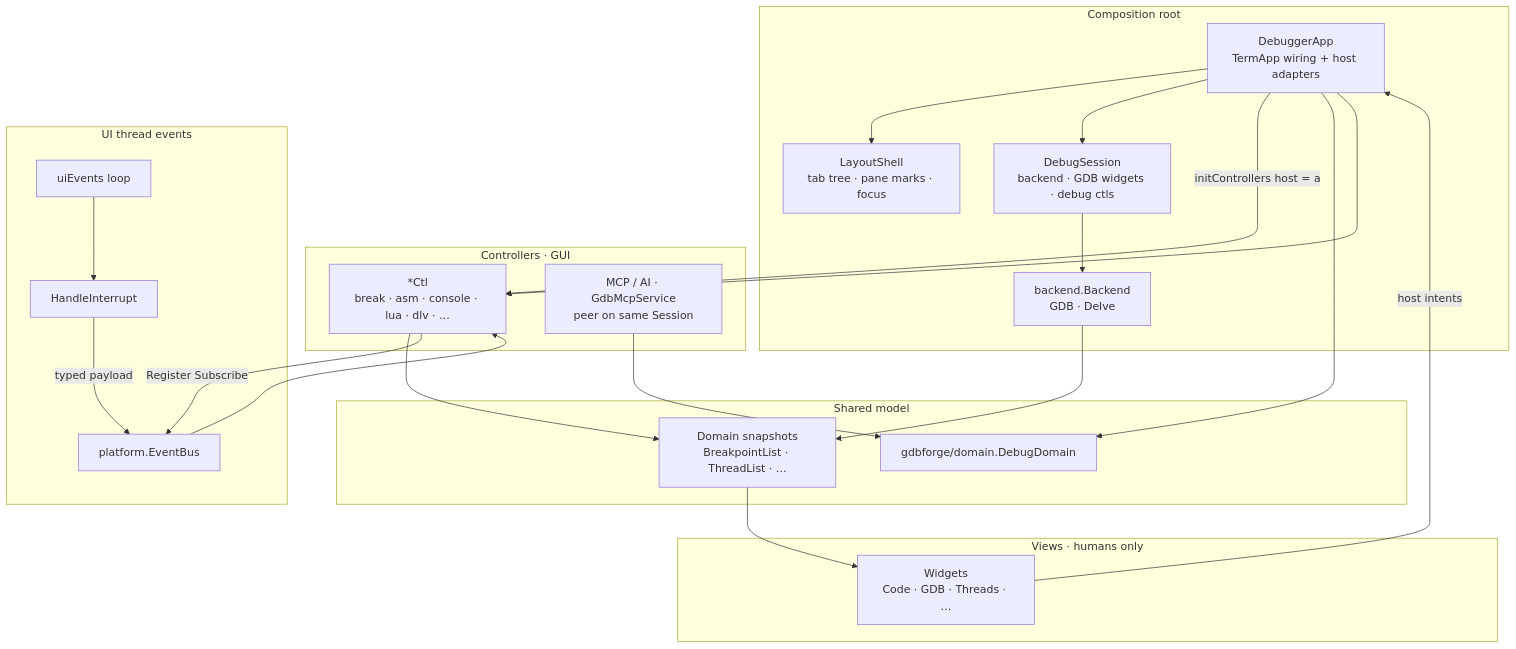
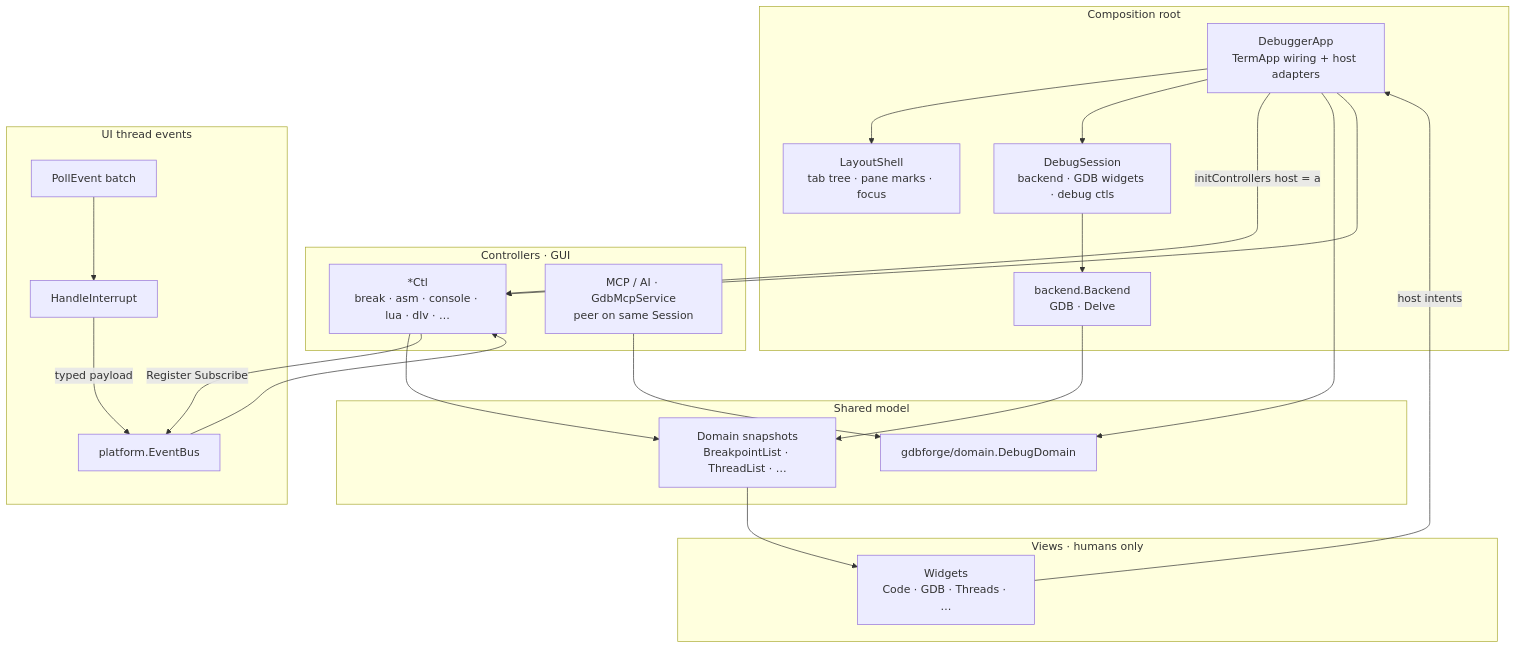
One commit to yairgd/gdbforge changed the first of 11 diagrams in docs/ARCHITECTURE.md. Above: the diagram before and after it, drawn with Mermaid. The commit also changed other lines of this file and 243 other files, not shown here.

````diff
--- a/docs/ARCHITECTURE.md
+++ b/docs/ARCHITECTURE.md
@@ -22,46 +22,46 @@
 ```mermaid
 flowchart TB
     subgraph root ["Composition root"]
         App["DebuggerApp<br/>TermApp wiring + host adapters"]
         Shell["LayoutShell<br/>tab tree · pane marks · focus"]
         Sess["DebugSession<br/>backend · GDB widgets · debug ctls"]
         BE["backend.Backend<br/>GDB · Delve"]
     end
 
     subgraph controllers ["Controllers · GUI"]
         GUI["*Ctl<br/>break · asm · console · lua · dlv · …"]
         MCP["MCP / AI · GdbMcpService<br/>peer on same Session"]
     end
 
     subgraph events ["UI thread events"]
-        UI["uiEvents loop"]
+        Poll["PollEvent batch"]
         HI["HandleInterrupt"]
         Bus["platform.EventBus"]
     end
 
     subgraph model ["Shared model"]
         Dom["Domain snapshots<br/>BreakpointList · ThreadList · …"]
         Surf["gdbforge/domain.DebugDomain"]
     end
 
     subgraph views ["Views · humans only"]
         W["Widgets<br/>Code · GDB · Threads · …"]
     end
 
     App --> Shell
     App --> Sess
     Sess --> BE
     App -->|"initControllers host = a"| GUI
     BE --> Dom
     GUI --> Dom
     App --> Surf
     MCP --> Surf
 
     GUI -->|"Register Subscribe"| Bus
-    UI --> HI
+    Poll --> HI
     HI -->|"typed payload"| Bus
     Bus --> GUI
     Dom --> W
     W -->|"host intents"| App
     App --> GUI
 ```
````
